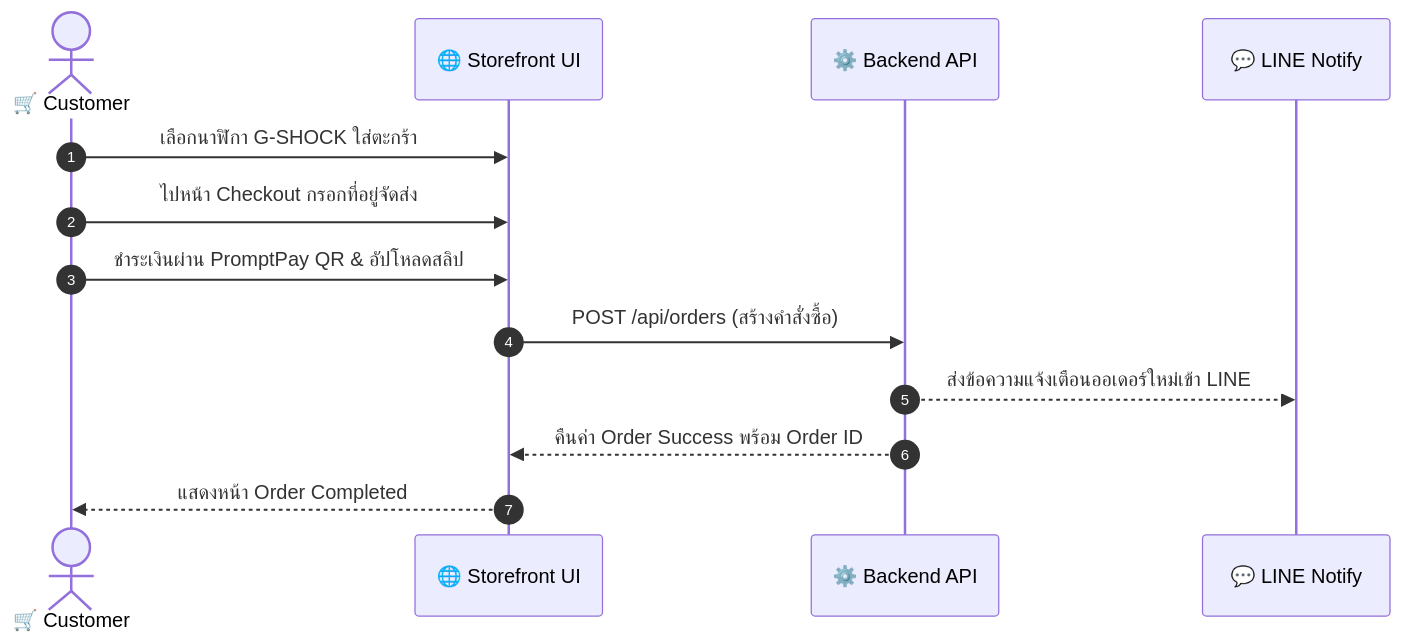
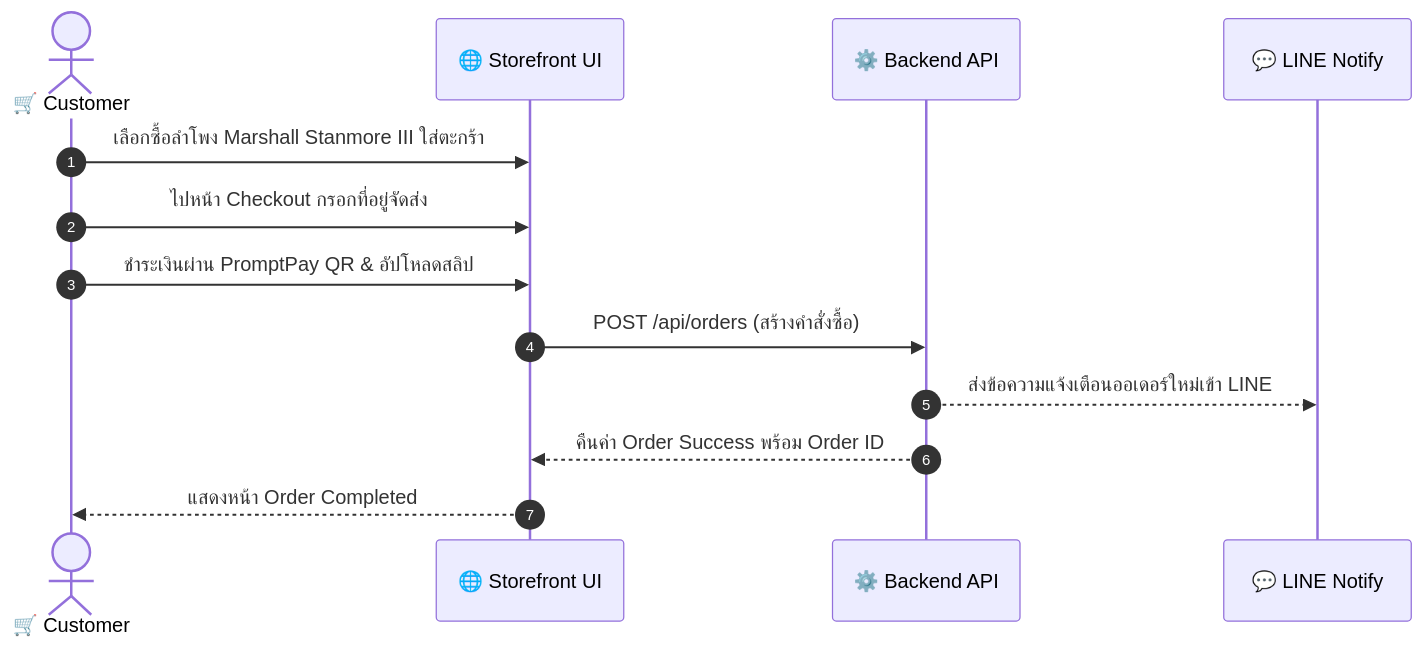
The second of 3 diagrams in UAT_Test_Cases.md (sShinjikubs/Workshop-1), drawn with Mermaid before and after one commit. The commit also changed other lines of this file and 449 other files, not shown here.

````diff
--- a/UAT_Test_Cases.md
+++ b/UAT_Test_Cases.md
@@ -91,16 +91,16 @@
 ```mermaid
 sequenceDiagram
     autonumber
     actor Customer as 🛒 Customer
     participant Frontend as 🌐 Storefront UI
     participant Backend as ⚙️ Backend API
     participant LINE as 💬 LINE Notify
 
-    Customer->>Frontend: เลือกนาฬิกา G-SHOCK ใส่ตะกร้า
+    Customer->>Frontend: เลือกซื้อลำโพง Marshall Stanmore III ใส่ตะกร้า
     Customer->>Frontend: ไปหน้า Checkout กรอกที่อยู่จัดส่ง
     Customer->>Frontend: ชำระเงินผ่าน PromptPay QR & อัปโหลดสลิป
     Frontend->>Backend: POST /api/orders (สร้างคำสั่งซื้อ)
     Backend-->>LINE: ส่งข้อความแจ้งเตือนออเดอร์ใหม่เข้า LINE
     Backend-->>Frontend: คืนค่า Order Success พร้อม Order ID
     Frontend-->>Customer: แสดงหน้า Order Completed
 ```
````
